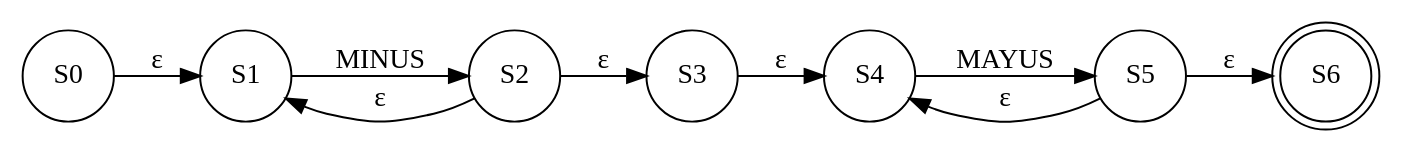
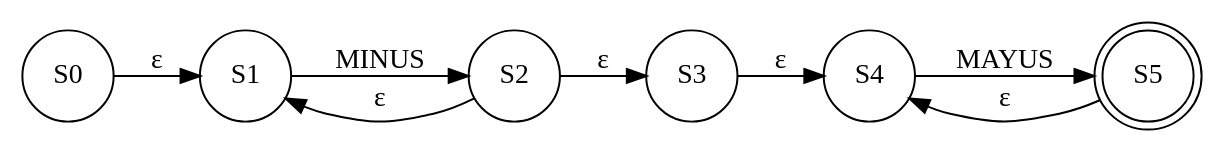
One commit to AaronGMG2000/-OLC1-Proyecto1 changed the diagram in [OLC1]201903872_Proyecto1/AFND_201903872/EXP2.dot. Above: the diagram before and after it, drawn with Graphviz. The commit also changed 134 other files, not shown here.

```diff
--- a/[OLC1]201903872_Proyecto1/AFND_201903872/EXP2.dot
+++ b/[OLC1]201903872_Proyecto1/AFND_201903872/EXP2.dot
@@ -1,21 +1,19 @@
 digraph grafica{
 rankdir=LR;
 forcelabels= true;
 node [shape = circle];
 S0;
 S1;
 S2;
 S3;
 S4;
-S5;
-S6[shape = doublecircle];
+S5[shape = doublecircle];
 S0->S1[label="ε"]
 S1->S2[label="MINUS"]
 S2->S1[label="ε"]
 S2->S3[label="ε"]
 S3->S4[label="ε"]
 S4->S5[label="MAYUS"]
 S5->S4[label="ε"]
-S5->S6[label="ε"]
 
 }
```
